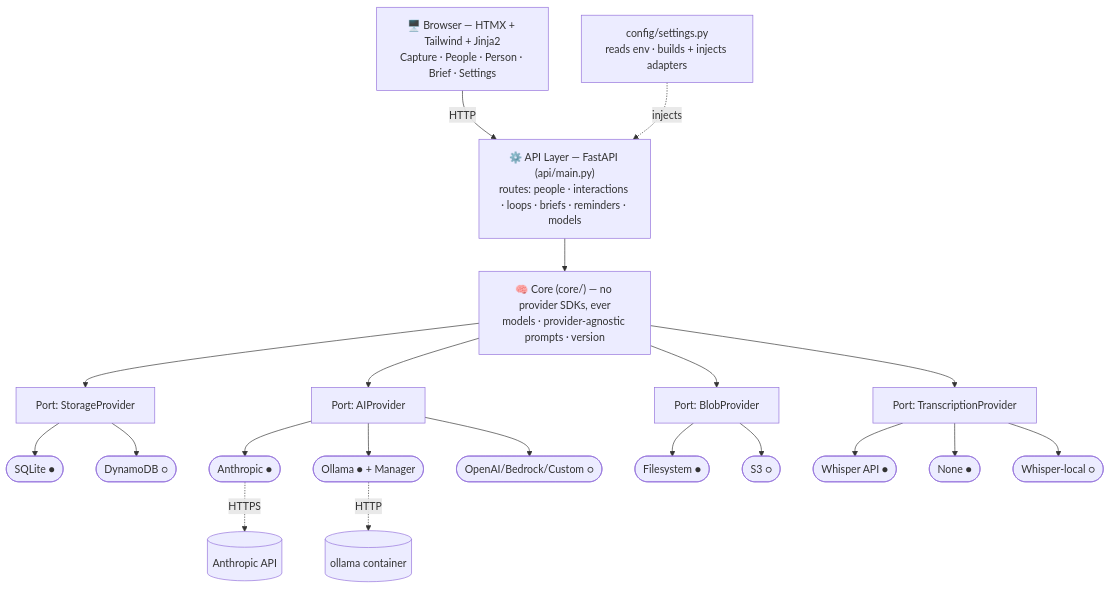
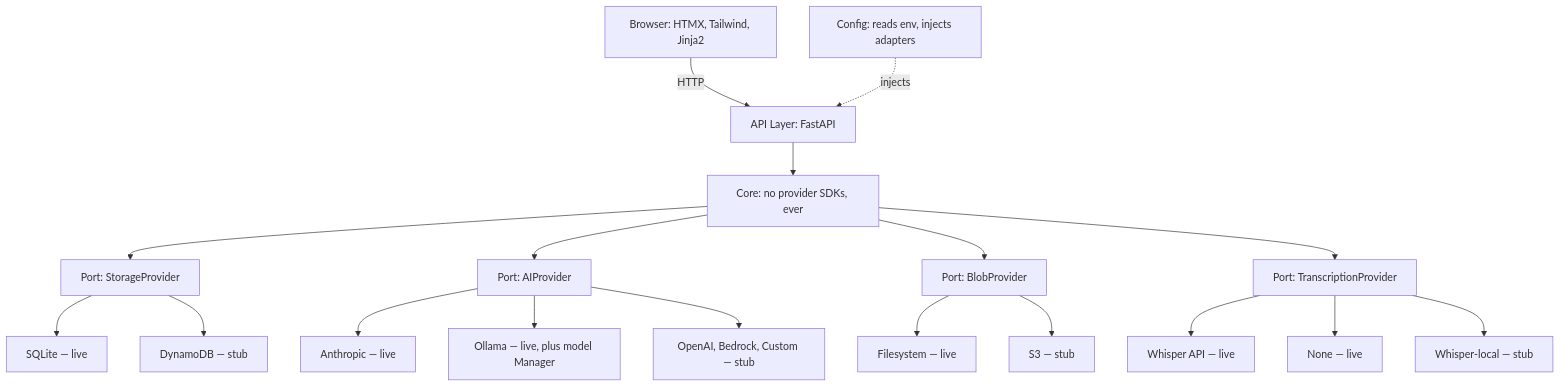
One commit to NebulaDrifter/REMI changed the first of 3 diagrams in docs/ARCHITECTURE.md. Above: the diagram before and after it, drawn with Mermaid. The commit also changed other lines of this file and 1 other file, not shown here.

First line of the commit message:
Fix Mermaid diagrams failing to render on GitHub

````diff
--- a/docs/ARCHITECTURE.md
+++ b/docs/ARCHITECTURE.md
@@ -21,23 +23,30 @@
 ```mermaid
 flowchart TD
-    BROWSER["🖥️ Browser — HTMX + Tailwind + Jinja2<br/>Capture · People · Person · Brief · Settings"]
-    API["⚙️ API Layer — FastAPI (api/main.py)<br/>routes: people · interactions · loops · briefs · reminders · models"]
-    CORE["🧠 Core (core/) — no provider SDKs, ever<br/>models · provider-agnostic prompts · version"]
-    CFG["config/settings.py<br/>reads env · builds + injects adapters"]
+    BROWSER["Browser: HTMX, Tailwind, Jinja2"]
+    API["API Layer: FastAPI"]
+    CORE["Core: no provider SDKs, ever"]
+    CFG["Config: reads env, injects adapters"]
 
-    BROWSER -->|HTTP| API --> CORE
-    CFG -.injects.-> API
+    BROWSER -->|HTTP| API
+    API --> CORE
+    CFG -. injects .-> API
 
-    CORE --> SP[Port: StorageProvider]
-    CORE --> AP[Port: AIProvider]
-    CORE --> BP[Port: BlobProvider]
-    CORE --> TP[Port: TranscriptionProvider]
+    CORE --> SP["Port: StorageProvider"]
+    CORE --> AP["Port: AIProvider"]
+    CORE --> BP["Port: BlobProvider"]
+    CORE --> TP["Port: TranscriptionProvider"]
 
-    SP --> SQLite([SQLite ●]) & Dynamo([DynamoDB ○])
-    AP --> Anthropic([Anthropic ●]) & Ollama([Ollama ● + Manager]) & AIStub([OpenAI/Bedrock/Custom ○])
-    BP --> FS([Filesystem ●]) & S3([S3 ○])
-    TP --> Whisper([Whisper API ●]) & NoneT([None ●]) & WLocal([Whisper-local ○])
+    SP --> SQLite["SQLite — live"]
+    SP --> Dynamo["DynamoDB — stub"]
 
-    Ollama -.HTTP.-> OllamaC[(ollama container)]
-    Anthropic -.HTTPS.-> AnthAPI[(Anthropic API)]
+    AP --> Anthropic["Anthropic — live"]
+    AP --> Ollama["Ollama — live, plus model Manager"]
+    AP --> AIStub["OpenAI, Bedrock, Custom — stub"]
+
+    BP --> FS["Filesystem — live"]
+    BP --> S3["S3 — stub"]
+
+    TP --> Whisper["Whisper API — live"]
+    TP --> NoneT["None — live"]
+    TP --> WLocal["Whisper-local — stub"]
 ```
````
